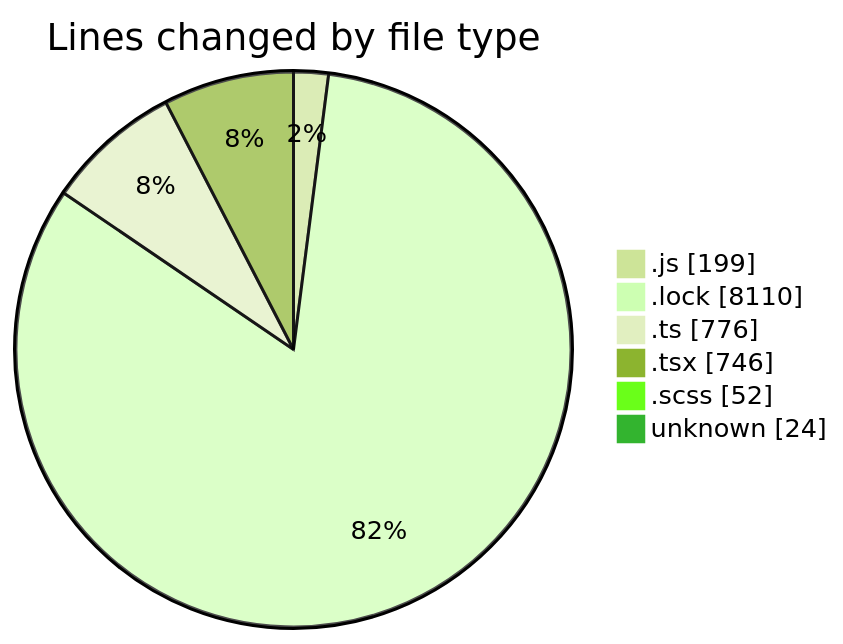
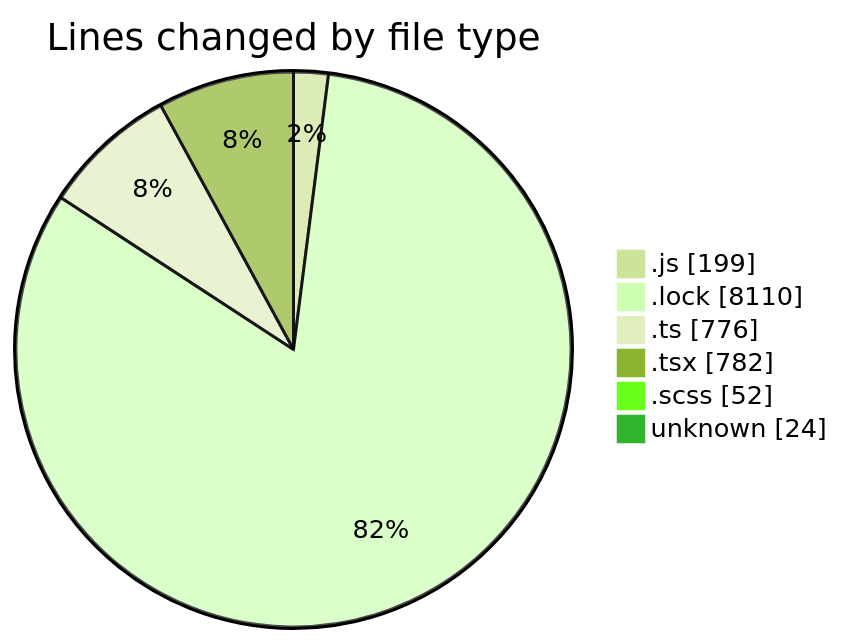
Before and after one commit to momahboobian/code-tracking: the first of 2 diagrams in 2025-02-07/cda/README.md, drawn with Mermaid (forest theme). The commit also changed other lines of this file and 1 other file, not shown here.

````diff
--- a/2025-02-07/cda/README.md
+++ b/2025-02-07/cda/README.md
@@ -53,10 +53,10 @@
 ```mermaid
 pie showData
 title Lines changed by file type
 ".js" : 199
 ".lock" : 8110
 ".ts" : 776
-".tsx" : 746
+".tsx" : 782
 ".scss" : 52
 "unknown" : 24
 ```
````
